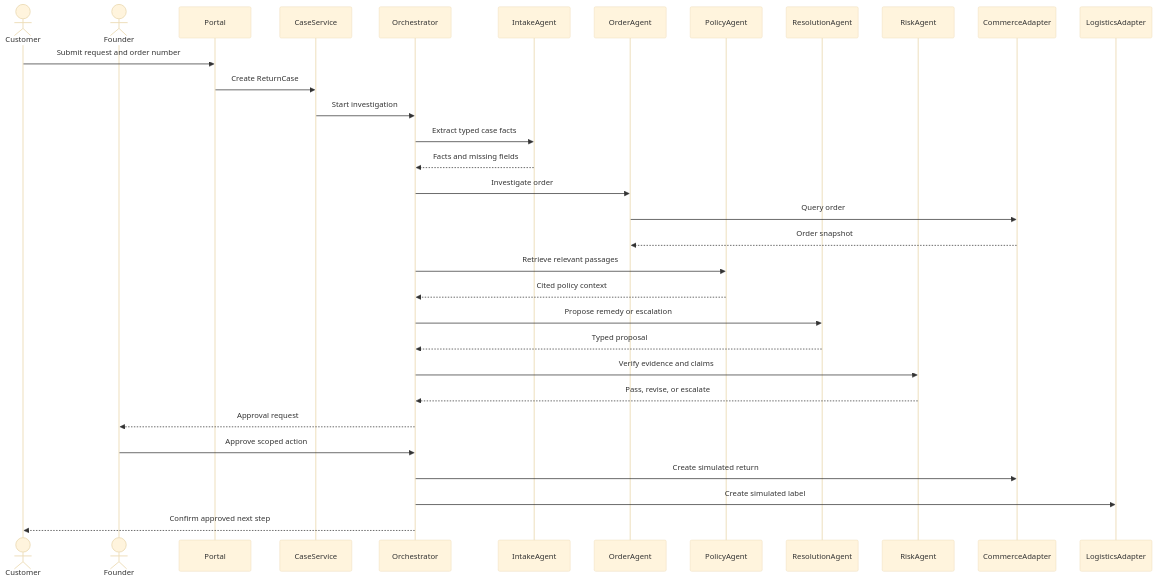
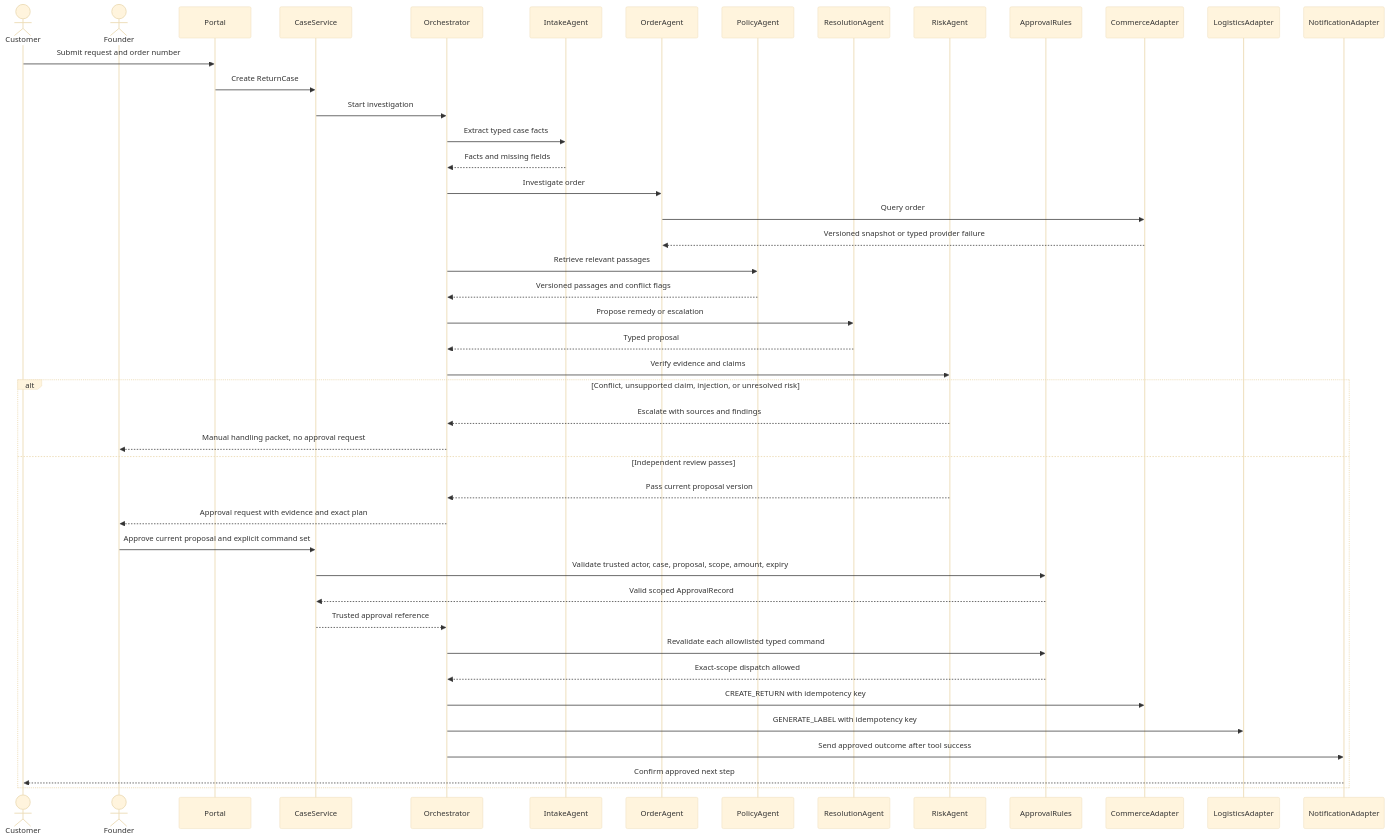
One commit to shuxiachai/returnops-au changed the third of 3 diagrams in docs/02-system-design.md. Above: the diagram before and after it, drawn with Mermaid (base theme). The commit also changed other lines of this file and 11 other files, not shown here.

````diff
--- a/docs/02-system-design.md
+++ b/docs/02-system-design.md
@@ -117,35 +125,48 @@
 ```mermaid
 sequenceDiagram
     actor Customer
     actor Founder
     participant Portal
     participant CaseService
     participant Orchestrator
     participant IntakeAgent
     participant OrderAgent
     participant PolicyAgent
     participant ResolutionAgent
     participant RiskAgent
+    participant ApprovalRules
     participant CommerceAdapter
     participant LogisticsAdapter
+    participant NotificationAdapter
 
     Customer->>Portal: Submit request and order number
     Portal->>CaseService: Create ReturnCase
     CaseService->>Orchestrator: Start investigation
     Orchestrator->>IntakeAgent: Extract typed case facts
     IntakeAgent-->>Orchestrator: Facts and missing fields
     Orchestrator->>OrderAgent: Investigate order
     OrderAgent->>CommerceAdapter: Query order
-    CommerceAdapter-->>OrderAgent: Order snapshot
+    CommerceAdapter-->>OrderAgent: Versioned snapshot or typed provider failure
     Orchestrator->>PolicyAgent: Retrieve relevant passages
-    PolicyAgent-->>Orchestrator: Cited policy context
+    PolicyAgent-->>Orchestrator: Versioned passages and conflict flags
     Orchestrator->>ResolutionAgent: Propose remedy or escalation
     ResolutionAgent-->>Orchestrator: Typed proposal
     Orchestrator->>RiskAgent: Verify evidence and claims
-    RiskAgent-->>Orchestrator: Pass, revise, or escalate
-    Orchestrator-->>Founder: Approval request
-    Founder->>Orchestrator: Approve scoped action
-    Orchestrator->>CommerceAdapter: Create simulated return
-    Orchestrator->>LogisticsAdapter: Create simulated label
-    Orchestrator-->>Customer: Confirm approved next step
+    alt Conflict, unsupported claim, injection, or unresolved risk
+        RiskAgent-->>Orchestrator: Escalate with sources and findings
+        Orchestrator-->>Founder: Manual handling packet, no approval request
+    else Independent review passes
+        RiskAgent-->>Orchestrator: Pass current proposal version
+        Orchestrator-->>Founder: Approval request with evidence and exact plan
+        Founder->>CaseService: Approve current proposal and explicit command set
+        CaseService->>ApprovalRules: Validate trusted actor, case, proposal, scope, amount, expiry
+        ApprovalRules-->>CaseService: Valid scoped ApprovalRecord
+        CaseService-->>Orchestrator: Trusted approval reference
+        Orchestrator->>ApprovalRules: Revalidate each allowlisted typed command
+        ApprovalRules-->>Orchestrator: Exact-scope dispatch allowed
+        Orchestrator->>CommerceAdapter: CREATE_RETURN with idempotency key
+        Orchestrator->>LogisticsAdapter: GENERATE_LABEL with idempotency key
+        Orchestrator->>NotificationAdapter: Send approved outcome after tool success
+        NotificationAdapter-->>Customer: Confirm approved next step
+    end
 ```
````
